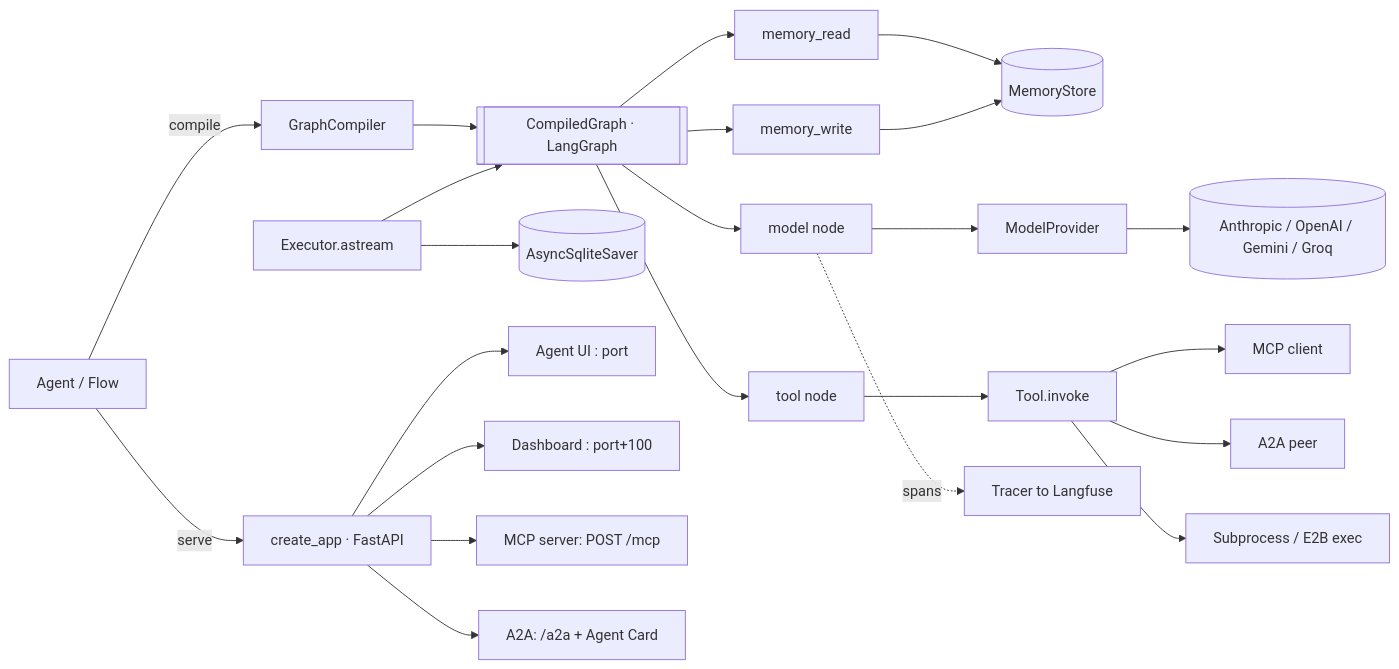
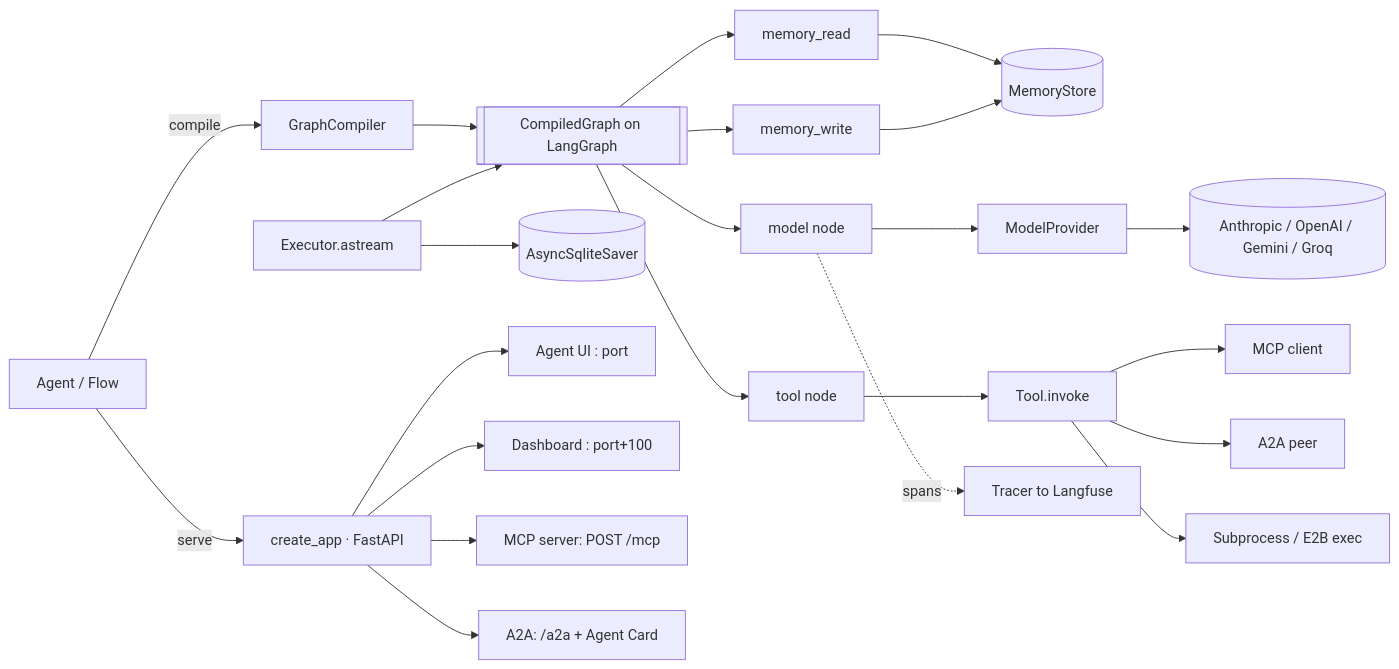
Before and after one commit to ShaikNagurShareef/agentkit: the second of 4 diagrams in README.md, drawn with Mermaid. The commit also changed other lines of this file and 2 other files, not shown here.

Commit message:
docs: compact professional layered architecture diagram; remove doc references

````diff
--- a/README.md
+++ b/README.md
@@ -296,21 +263,21 @@
 ```mermaid
 flowchart LR
-  AG[Agent / Flow] -- compile --> GC[GraphCompiler]
-  GC --> CG[[CompiledGraph · LangGraph]]
+  AG["Agent / Flow"] -- compile --> GC[GraphCompiler]
+  GC --> CG[[CompiledGraph on LangGraph]]
   EX[Executor.astream] --> CG
   CG --> MR[memory_read] --> MEM[(MemoryStore)]
   CG --> MD[model node] --> MP[ModelProvider]
-  MP --> SDKS[(Anthropic / OpenAI / Gemini / Groq)]
+  MP --> SDKS[("Anthropic / OpenAI / Gemini / Groq")]
   CG --> TL[tool node] --> TOOLS[Tool.invoke]
   TOOLS --> MCPC[MCP client]
   TOOLS --> A2AC[A2A peer]
-  TOOLS --> CODE[Subprocess / E2B exec]
+  TOOLS --> CODE["Subprocess / E2B exec"]
   CG --> MW[memory_write] --> MEM
   EX --> CKPT[(AsyncSqliteSaver)]
   MD -. spans .-> TR[Tracer to Langfuse]
   AG -- serve --> APP[create_app · FastAPI]
   APP --> AUI["Agent UI : port"]
   APP --> DASH["Dashboard : port+100"]
   APP --> MCPS["MCP server: POST /mcp"]
   APP --> A2AS["A2A: /a2a + Agent Card"]
 ```
````
